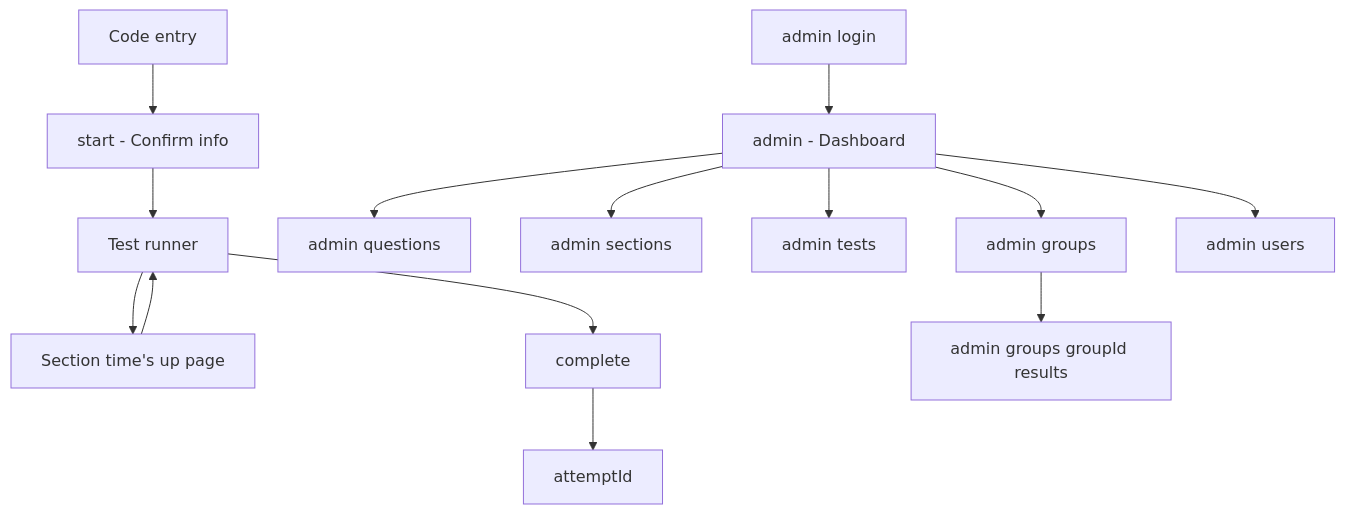
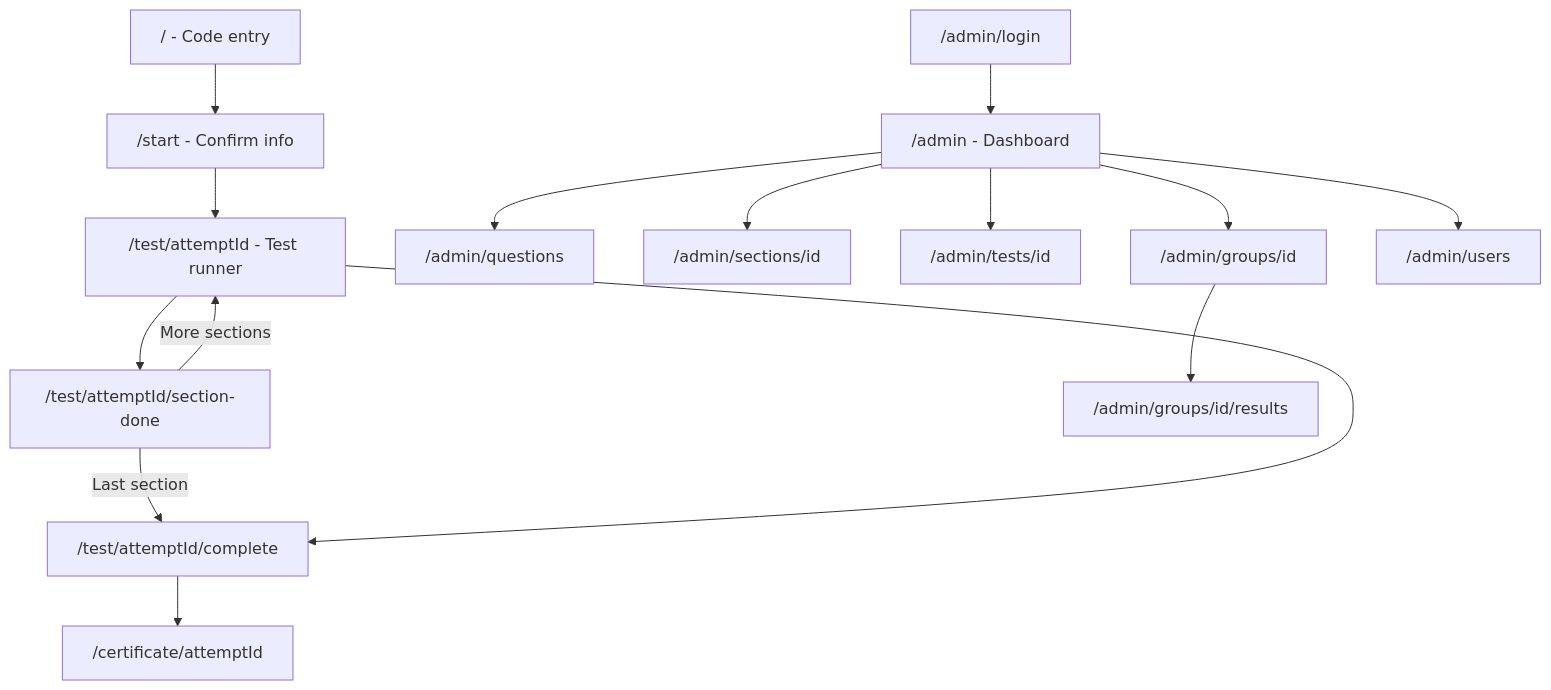
The first of 6 diagrams in docs/flow.md (bawas07/test-platform), drawn with Mermaid before and after one commit. The commit also changed other lines of this file, not shown here.

First line of the commit message:
Revise flow documentation for clarity and structure

````diff
--- a/docs/flow.md
+++ b/docs/flow.md
@@ -24,17 +24,18 @@
 ```mermaid
 flowchart TD
-    Root[Code entry] --> Start[start - Confirm info]
-    Start --> Runner[Test runner]
-    Runner --> SectionDone[Section time's up page]
-    SectionDone --> Runner
-    Runner --> Complete[complete]
-    Complete --> Cert[attemptId]
+    Root["/ - Code entry"] --> Start["/start - Confirm info"]
+    Start --> Runner["/test/attemptId - Test runner"]
+    Runner --> SectionDone["/test/attemptId/section-done"]
+    SectionDone -->|More sections| Runner
+    SectionDone -->|Last section| Complete["/test/attemptId/complete"]
+    Runner --> Complete
+    Complete --> Cert["/certificate/attemptId"]
 
-    AdminLogin[admin login] --> AdminDash[admin - Dashboard]
-    AdminDash --> Questions[admin questions]
-    AdminDash --> Sections[admin sections]
-    AdminDash --> Tests[admin tests]
-    AdminDash --> Groups[admin groups]
-    AdminDash --> Users[admin users]
-    Groups --> Results[admin groups groupId results]
+    AdminLogin["/admin/login"] --> AdminDash["/admin - Dashboard"]
+    AdminDash --> Questions["/admin/questions"]
+    AdminDash --> Sections["/admin/sections/id"]
+    AdminDash --> Tests["/admin/tests/id"]
+    AdminDash --> Groups["/admin/groups/id"]
+    AdminDash --> Users["/admin/users"]
+    Groups --> Results["/admin/groups/id/results"]
 ```
````
